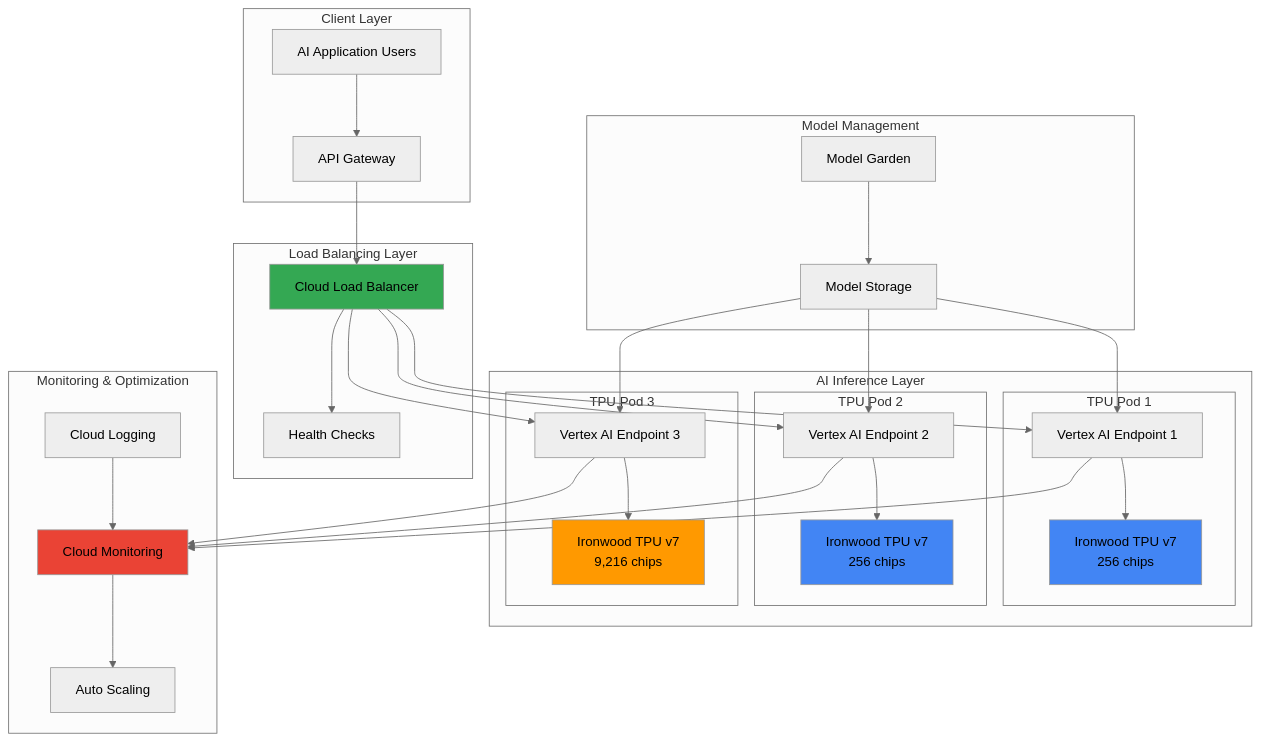
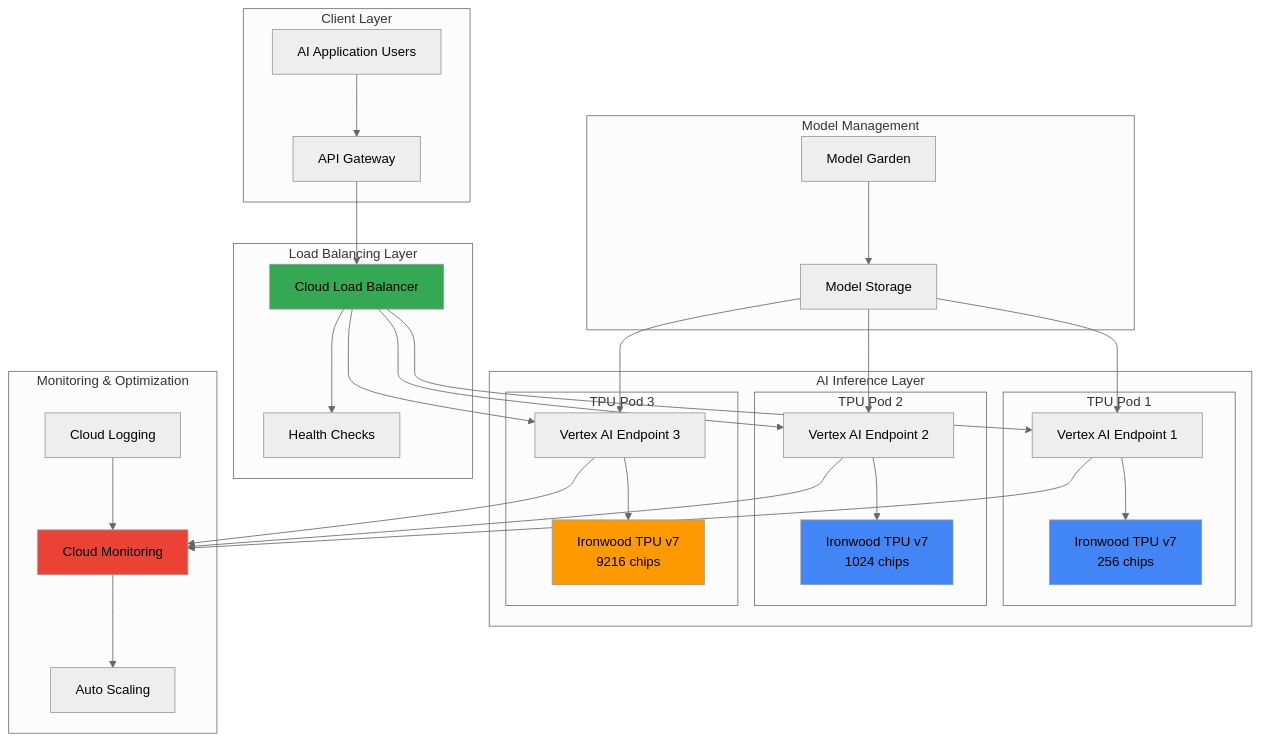
One commit to mzazon/awesome-cloud-projects changed the diagram in gcp/large-scale-ai-model-inference-ironwood-tpu-load-balancing/large-scale-ai-model-inference-ironwood-tpu-load-balancing.md. Above: the diagram before and after it, drawn with Mermaid (neutral theme). The commit also changed other lines of this file and 5581 other files, not shown here.

````diff
--- a/gcp/large-scale-ai-model-inference-ironwood-tpu-load-balancing/large-scale-ai-model-inference-ironwood-tpu-load-balancing.md
+++ b/gcp/large-scale-ai-model-inference-ironwood-tpu-load-balancing/large-scale-ai-model-inference-ironwood-tpu-load-balancing.md
@@ -30,68 +30,68 @@
 ```mermaid
 graph TB
     subgraph "Client Layer"
         USER[AI Application Users]
         API[API Gateway]
     end
     
     subgraph "Load Balancing Layer"
         CLB[Cloud Load Balancer]
         HR[Health Checks]
     end
     
     subgraph "AI Inference Layer"
         subgraph "TPU Pod 1"
             IRON1[Ironwood TPU v7<br/>256 chips]
             VAI1[Vertex AI Endpoint 1]
         end
         
         subgraph "TPU Pod 2"
-            IRON2[Ironwood TPU v7<br/>256 chips]
+            IRON2[Ironwood TPU v7<br/>1024 chips]
             VAI2[Vertex AI Endpoint 2]
         end
         
         subgraph "TPU Pod 3"
-            IRON3[Ironwood TPU v7<br/>9,216 chips]
+            IRON3[Ironwood TPU v7<br/>9216 chips]
             VAI3[Vertex AI Endpoint 3]
         end
     end
     
     subgraph "Model Management"
         MG[Model Garden]
         MS[Model Storage]
     end
     
     subgraph "Monitoring & Optimization"
         CM[Cloud Monitoring]
         CL[Cloud Logging]
         AS[Auto Scaling]
     end
     
     USER-->API
     API-->CLB
     CLB-->HR
     CLB-->VAI1
     CLB-->VAI2
     CLB-->VAI3
     
     VAI1-->IRON1
     VAI2-->IRON2
     VAI3-->IRON3
     
     MG-->MS
     MS-->VAI1
     MS-->VAI2
     MS-->VAI3
     
     CM-->AS
     CL-->CM
     VAI1-->CM
     VAI2-->CM
     VAI3-->CM
     
     style IRON1 fill:#4285f4
     style IRON2 fill:#4285f4
     style IRON3 fill:#ff9900
     style CLB fill:#34a853
     style CM fill:#ea4335
 ```
````
